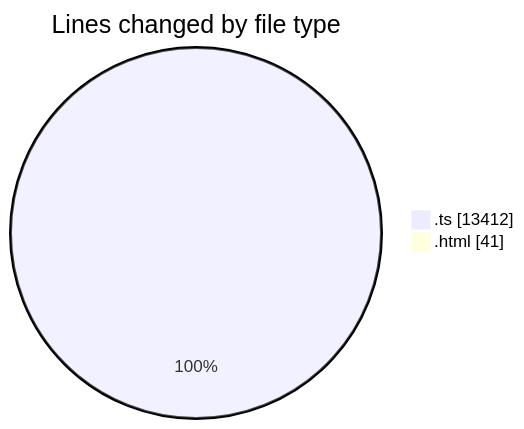
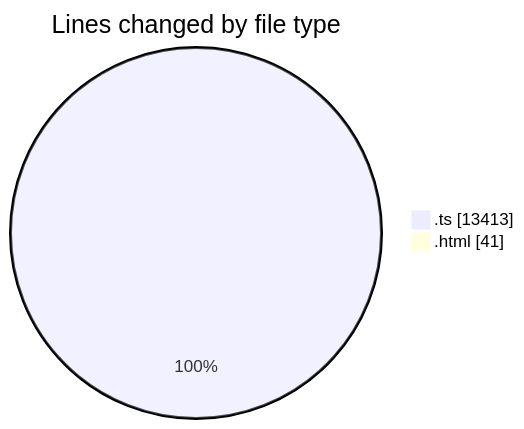
One commit to tmsrecording-cyber/code-tracking changed the first of 2 diagrams in 2026-02-08/singularitybrainai/README.md. Above: the diagram before and after it, drawn with Mermaid. The commit also changed other lines of this file and 1 other file, not shown here.

````diff
--- a/2026-02-08/singularitybrainai/README.md
+++ b/2026-02-08/singularitybrainai/README.md
@@ -37,6 +37,6 @@
 ```mermaid
 pie showData
 title Lines changed by file type
-".ts" : 13412
+".ts" : 13413
 ".html" : 41
 ```
````
